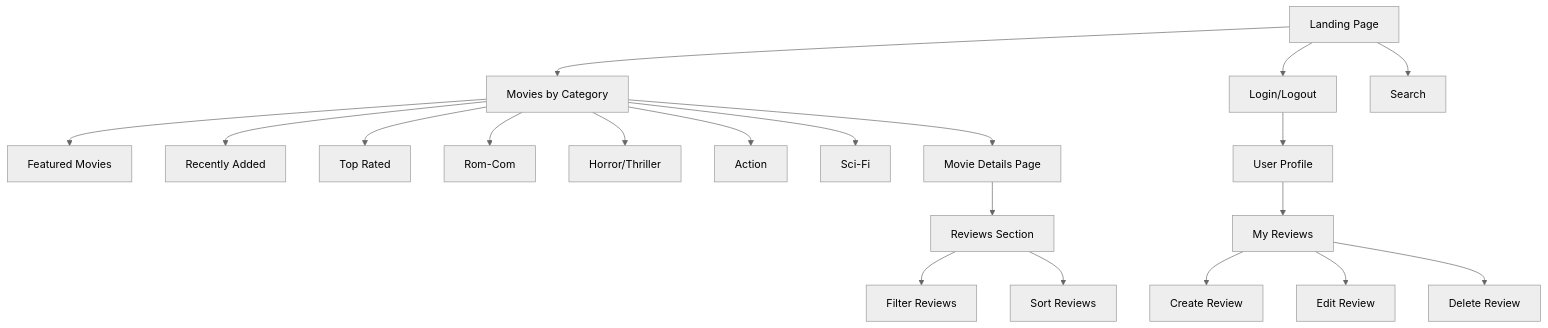
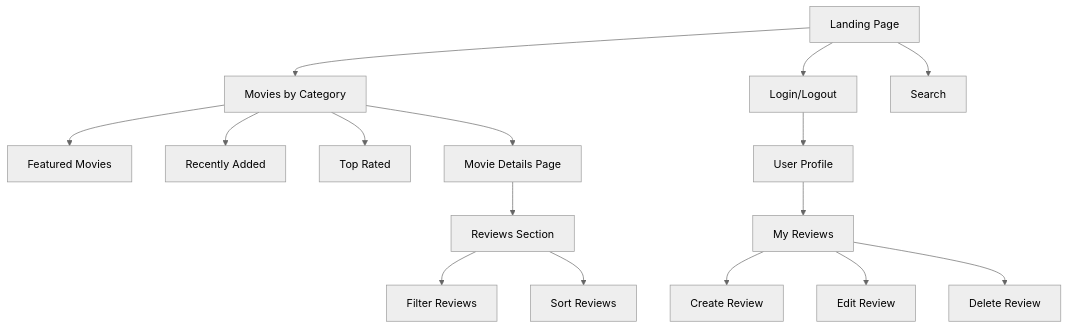
One commit to omniV1/CineScope changed the diagram in Documents/sitemap/sitemap.md. Above: the diagram before and after it, drawn with Mermaid (neutral theme).

````diff
--- a/Documents/sitemap/sitemap.md
+++ b/Documents/sitemap/sitemap.md
@@ -1,28 +1,28 @@
 ```mermaid
+
 
 graph TD
     Landing[Landing Page] --> Movies[Movies by Category]
     Landing --> Login[Login/Logout]
     Landing --> Search[Search]
     
     Movies --> Featured[Featured Movies]
     Movies --> Recent[Recently Added]
     Movies --> TopRated[Top Rated]
-    Movies --> RomCom[Rom-Com]
-    Movies --> Horror[Horror/Thriller]
-    Movies --> Action[Action]
-    Movies --> SciFi[Sci-Fi]
+    
     
     Login --> UserProfile[User Profile]
     UserProfile --> MyReviews[My Reviews]
     MyReviews --> CreateReview[Create Review]
     MyReviews --> EditReview[Edit Review]
     MyReviews --> DeleteReview[Delete Review]
     
     Movies --> MoviePage[Movie Details Page]
     MoviePage --> Reviews[Reviews Section]
     Reviews --> FilterReviews[Filter Reviews]
     Reviews --> SortReviews[Sort Reviews]
 
 
+
+
 ```
````
